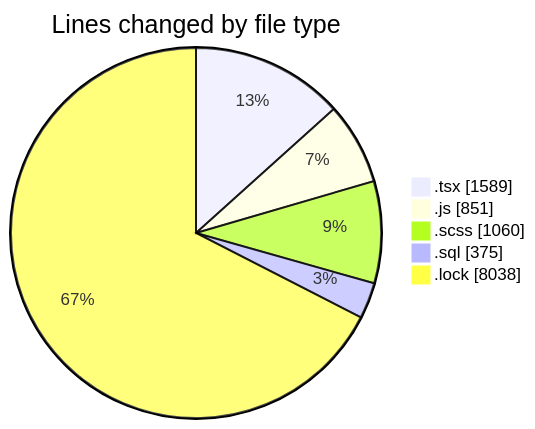
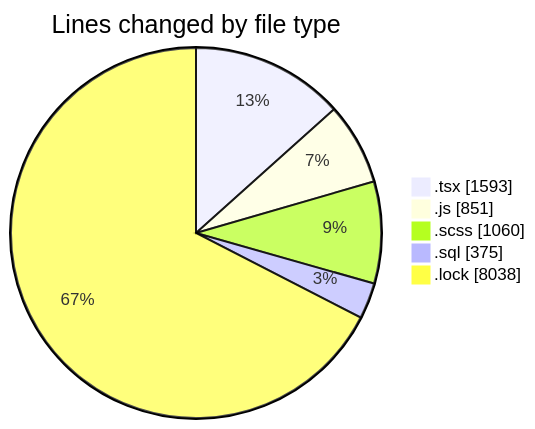
The first of 2 diagrams in 2025-03-18/cda/README.md (momahboobian/code-tracking), drawn with Mermaid before and after one commit. The commit also changed other lines of this file and 1 other file, not shown here.

````diff
--- a/2025-03-18/cda/README.md
+++ b/2025-03-18/cda/README.md
@@ -32,9 +32,9 @@
 ```mermaid
 pie showData
 title Lines changed by file type
-".tsx" : 1589
+".tsx" : 1593
 ".js" : 851
 ".scss" : 1060
 ".sql" : 375
 ".lock" : 8038
 ```
````
